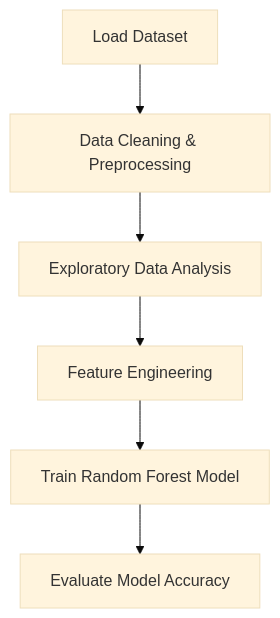
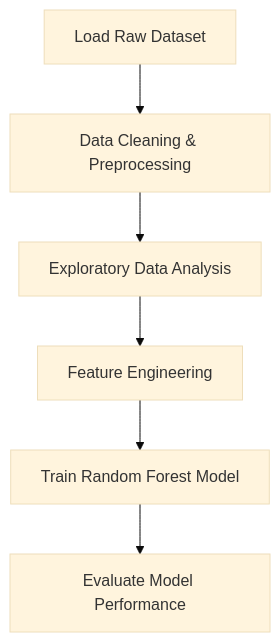
One commit to sujal128/student-performance-analysis changed the first of 2 diagrams in README.md. Above: the diagram before and after it, drawn with Mermaid (base theme). The commit also changed other lines of this file, not shown here.

````diff
--- a/README.md
+++ b/README.md
@@ -31,8 +41,8 @@
 ```mermaid
 flowchart TD
-    A[Load Dataset] --> B[Data Cleaning & Preprocessing]
+    A[Load Raw Dataset] --> B[Data Cleaning & Preprocessing]
     B --> C[Exploratory Data Analysis]
     C --> D[Feature Engineering]
     D --> E[Train Random Forest Model]
-    E --> F[Evaluate Model Accuracy]
+    E --> F[Evaluate Model Performance]
 ```
````
